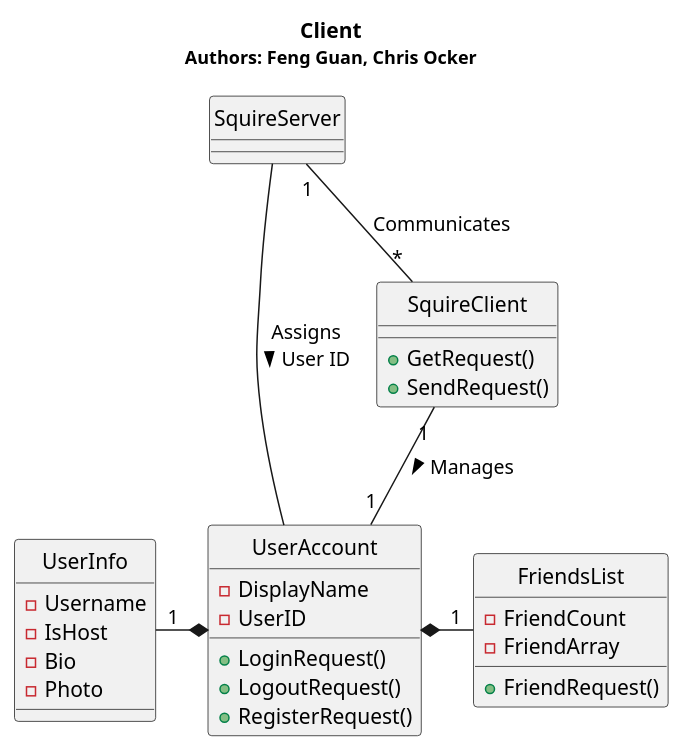
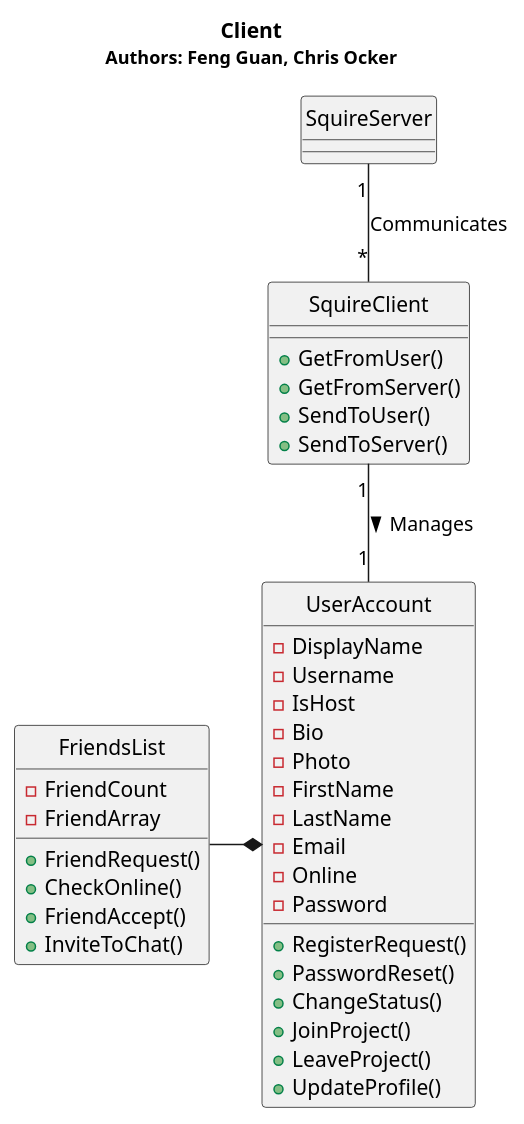
Before and after one commit to voxelv/sQuire_kw: the diagram in hw3/UserAccount/UserAccounts.puml, drawn with PlantUML. The commit also changed 1 other file, not shown here.

```diff
--- a/hw3/UserAccount/UserAccounts.puml
+++ b/hw3/UserAccount/UserAccounts.puml
@@ -1,41 +1,49 @@
 @startuml
 hide circles
 
 Title <b>Client</b>\n<size:12>Authors: Feng Guan, Chris Ocker</size>
 
 
 class "SquireServer" as ss
 
 class "UserAccount" as ua {
 -DisplayName
--UserID
-+LoginRequest()
-+LogoutRequest()
-+RegisterRequest()
-}
-
-class "SquireClient" as sc {
-+GetRequest()
-+SendRequest()
-}
-
-class "UserInfo" as ui {
 -Username
 -IsHost
 -Bio
 -Photo
+-FirstName
+-LastName
+-Email
+-Online
+-Password
++RegisterRequest()
++PasswordReset()
++ChangeStatus()
++JoinProject()
++LeaveProject()
++UpdateProfile()
 }
+
+class "SquireClient" as sc {
++GetFromUser()
++GetFromServer()
++SendToUser()
++SendToServer()
+}
+
 
 class "FriendsList" as fl {
 -FriendCount
 -FriendArray
 +FriendRequest()
++CheckOnline()
++FriendAccept()
++InviteToChat()
 }
 
 
 sc "1"  -- "1" ua : Manages >
 ss "1"  -- "*" sc : Communicates
-ss      -- ua : Assigns\nUser ID >
-ui "1"  -right-*   ua 
-fl "1"  -left-* ua
+fl  -r-* ua
 @enduml
```
